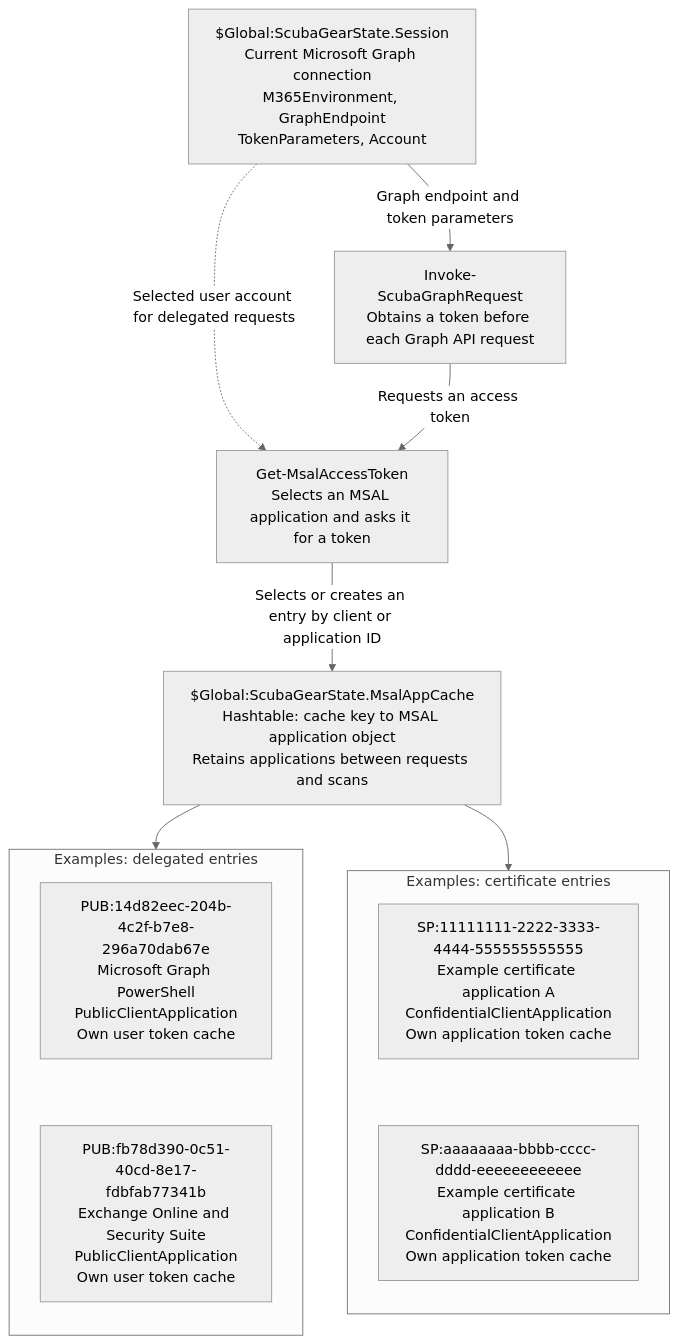
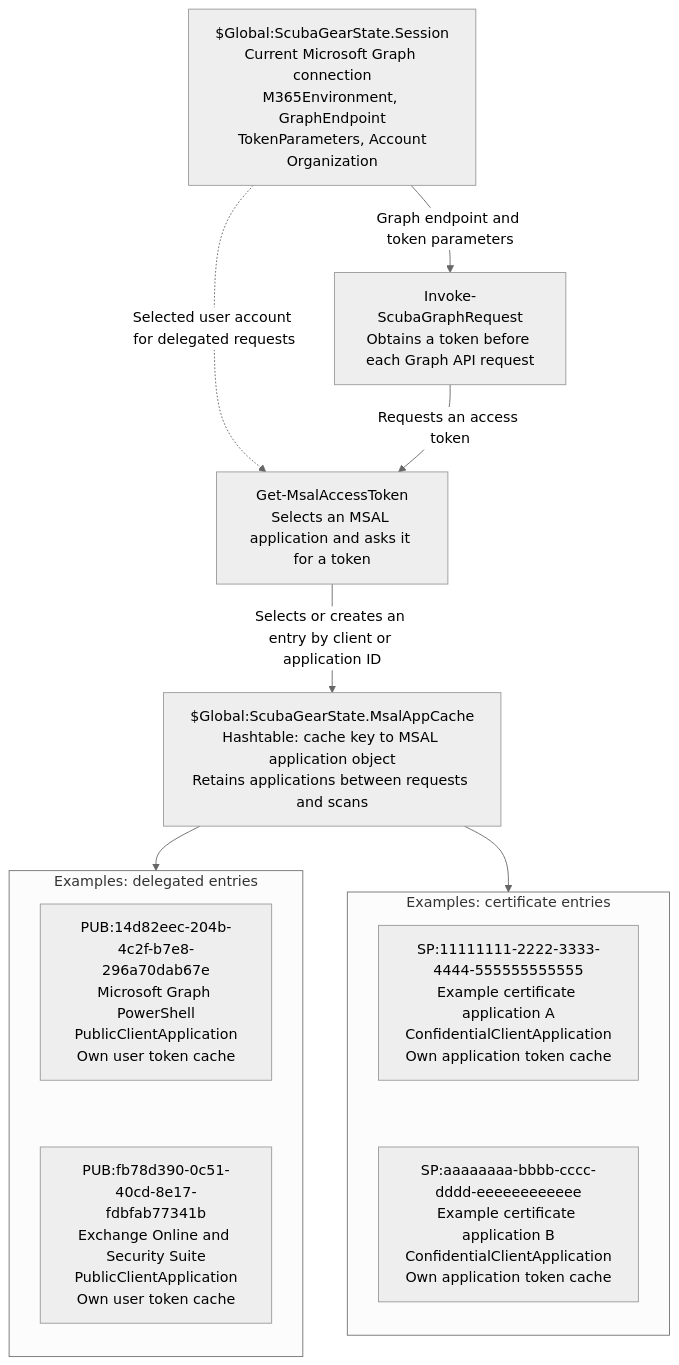
One commit to cisagov/ScubaGear changed the diagram in docs/MSAL-INTEGRATION.md. Above: the diagram before and after it, drawn with Mermaid (neutral theme). The commit also changed other lines of this file and 12 other files, not shown here.

````diff
--- a/docs/MSAL-INTEGRATION.md
+++ b/docs/MSAL-INTEGRATION.md
@@ -7,29 +7,29 @@
 ```mermaid
 flowchart TD
-    Session["$Global:ScubaGearState.Session<br/>Current Microsoft Graph connection<br/>M365Environment, GraphEndpoint<br/>TokenParameters, Account"]
+    Session["$Global:ScubaGearState.Session<br/>Current Microsoft Graph connection<br/>M365Environment, GraphEndpoint<br/>TokenParameters, Account<br/>Organization"]
     GraphRequest["Invoke-ScubaGraphRequest<br/>Obtains a token before each Graph API request"]
     Token["Get-MsalAccessToken<br/>Selects an MSAL application and asks it for a token"]
     Cache["$Global:ScubaGearState.MsalAppCache<br/>Hashtable: cache key to MSAL application object<br/>Retains applications between requests and scans"]
 
     Session -->|Graph endpoint and token parameters| GraphRequest
     Session -.->|Selected user account for delegated requests| Token
     GraphRequest -->|Requests an access token| Token
     Token -->|Selects or creates an entry by client or application ID| Cache
 
     Cache --> PublicEntries
     Cache --> CertificateEntries
 
     subgraph PublicEntries["Examples: delegated entries"]
         direction TB
         GraphApp["PUB:14d82eec-204b-4c2f-b7e8-296a70dab67e<br/>Microsoft Graph PowerShell<br/>PublicClientApplication<br/>Own user token cache"]
         ExoApp["PUB:fb78d390-0c51-40cd-8e17-fdbfab77341b<br/>Exchange Online and Security Suite<br/>PublicClientApplication<br/>Own user token cache"]
         GraphApp ~~~ ExoApp
     end
 
     subgraph CertificateEntries["Examples: certificate entries"]
         direction TB
         CertAppA["SP:11111111-2222-3333-4444-555555555555<br/>Example certificate application A<br/>ConfidentialClientApplication<br/>Own application token cache"]
         CertAppB["SP:aaaaaaaa-bbbb-cccc-dddd-eeeeeeeeeeee<br/>Example certificate application B<br/>ConfidentialClientApplication<br/>Own application token cache"]
         CertAppA ~~~ CertAppB
     end
 ```
````
